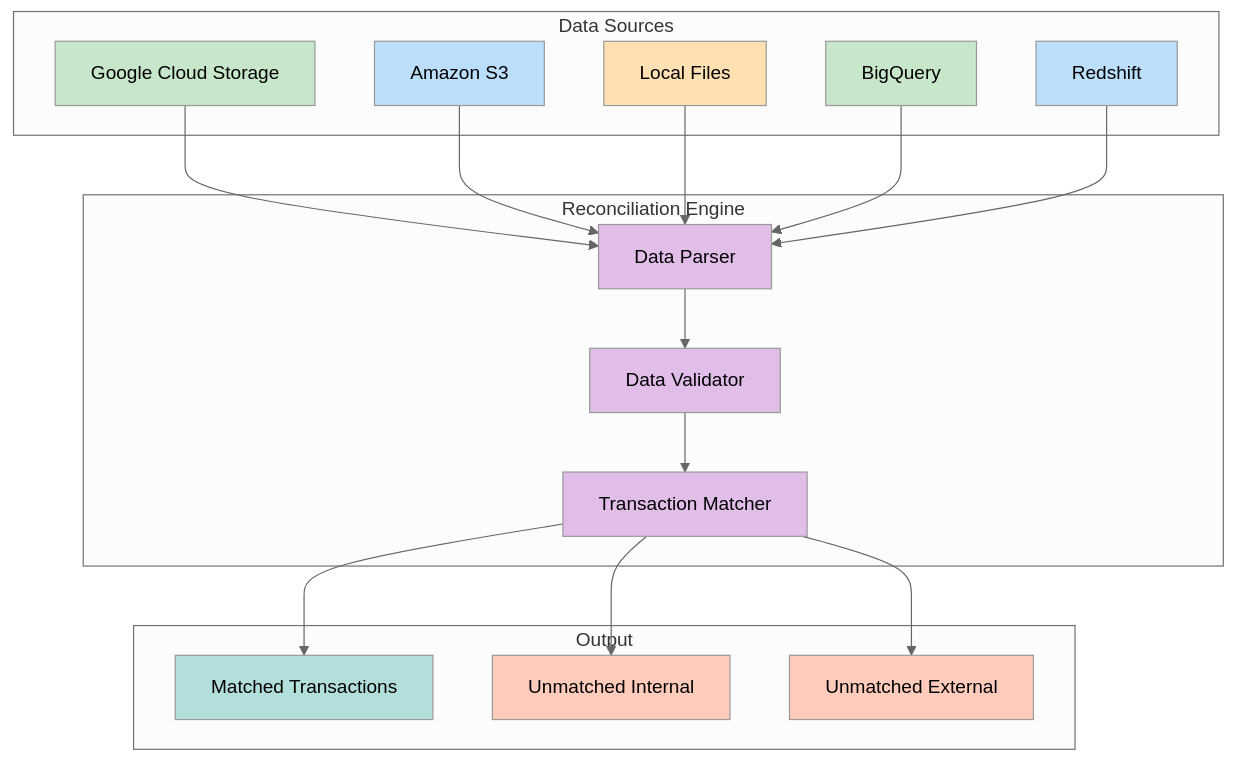
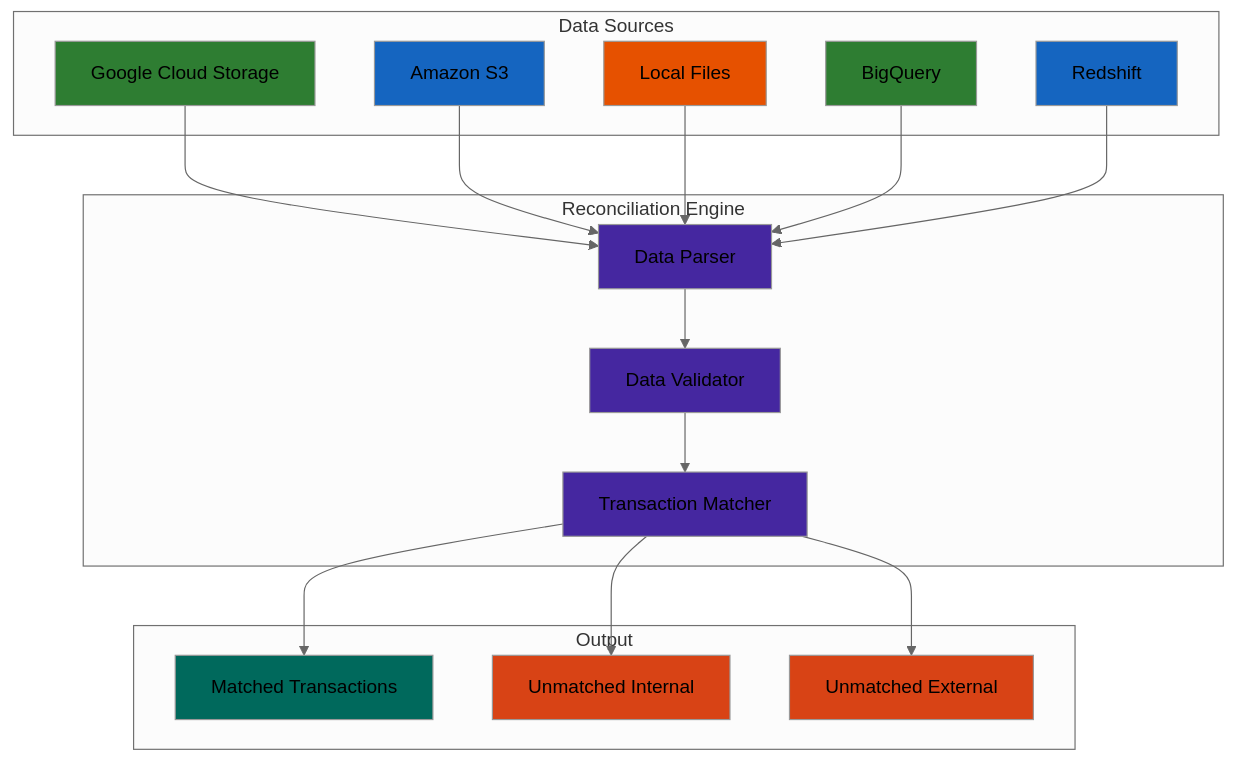
The first of 3 diagrams in README.MD (tomshannon1/reconciliation-engine), drawn with Mermaid (neutral theme) before and after one commit. The commit also changed other lines of this file, not shown here.

Commit message:
mermaid colors

````diff
--- a/README.MD
+++ b/README.MD
@@ -32,45 +32,45 @@
 ```mermaid
 graph TD
     subgraph "Data Sources"
         GCS[Google Cloud Storage]
         S3[Amazon S3]
         Local[Local Files]
         BQ[BigQuery]
         RS[Redshift]
     end
 
     subgraph "Reconciliation Engine"
         Parser[Data Parser]
         Matcher[Transaction Matcher]
         Validator[Data Validator]
     end
 
     subgraph "Output"
         MT[Matched Transactions]
         UI[Unmatched Internal]
         UE[Unmatched External]
     end
 
     GCS --> Parser
     S3 --> Parser
     Local --> Parser
     BQ --> Parser
     RS --> Parser
     Parser --> Validator
     Validator --> Matcher
     Matcher --> MT
     Matcher --> UI
     Matcher --> UE
 
-    style GCS fill:#C8E6C9
-    style S3 fill:#BBDEFB
-    style Local fill:#FFE0B2
-    style BQ fill:#C8E6C9
-    style RS fill:#BBDEFB
-    style Parser fill:#E1BEE7
-    style Matcher fill:#E1BEE7
-    style Validator fill:#E1BEE7
-    style MT fill:#B2DFDB
-    style UI fill:#FFCCBC
-    style UE fill:#FFCCBC
+    style GCS fill:#2E7D32
+    style S3 fill:#1565C0
+    style Local fill:#E65100
+    style BQ fill:#2E7D32
+    style RS fill:#1565C0
+    style Parser fill:#4527A0
+    style Matcher fill:#4527A0
+    style Validator fill:#4527A0
+    style MT fill:#00695C
+    style UI fill:#D84315
+    style UE fill:#D84315
 ```
````
